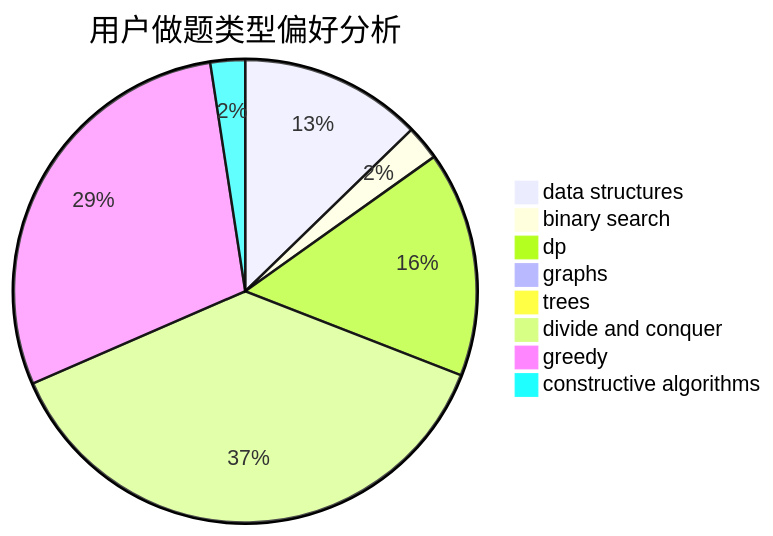
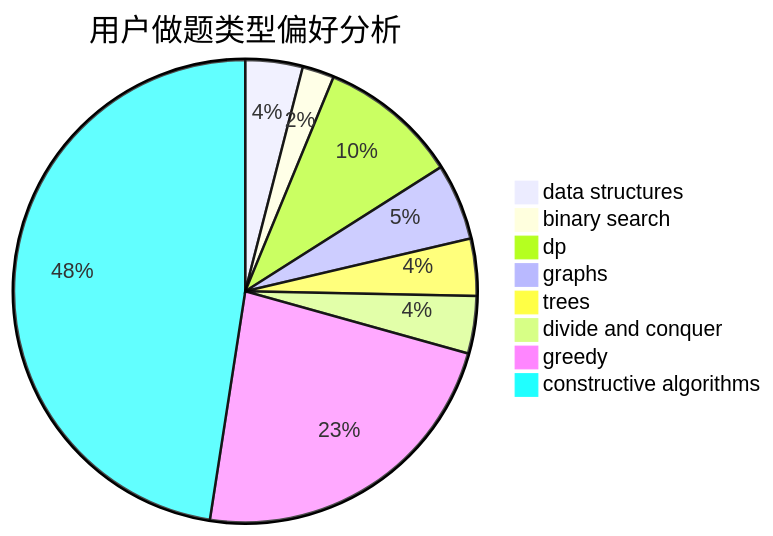
Before and after one commit to sherpahu/cfrs.github.io: the second of 3 diagrams in docs/user/u1884.md, drawn with Mermaid. The commit also changed other lines of this file and 2770 other files, not shown here.

````diff
--- a/docs/user/u1884.md
+++ b/docs/user/u1884.md
@@ -23,11 +23,11 @@
 ```mermaid
 pie title 用户做题类型偏好分析
-    "data structures" :  21
-    "binary search" :  4
-    "dp" :  26
-    "graphs" :  0
-    "trees" :  1
-    "divide and conquer" :  62
-    "greedy" :  48
-    "constructive algorithms" :  4
+    "data structures" :  9
+    "binary search" :  5
+    "dp" :  22
+    "graphs" :  12
+    "trees" :  9
+    "divide and conquer" :  9
+    "greedy" :  52
+    "constructive algorithms" :  107
 ```
````
